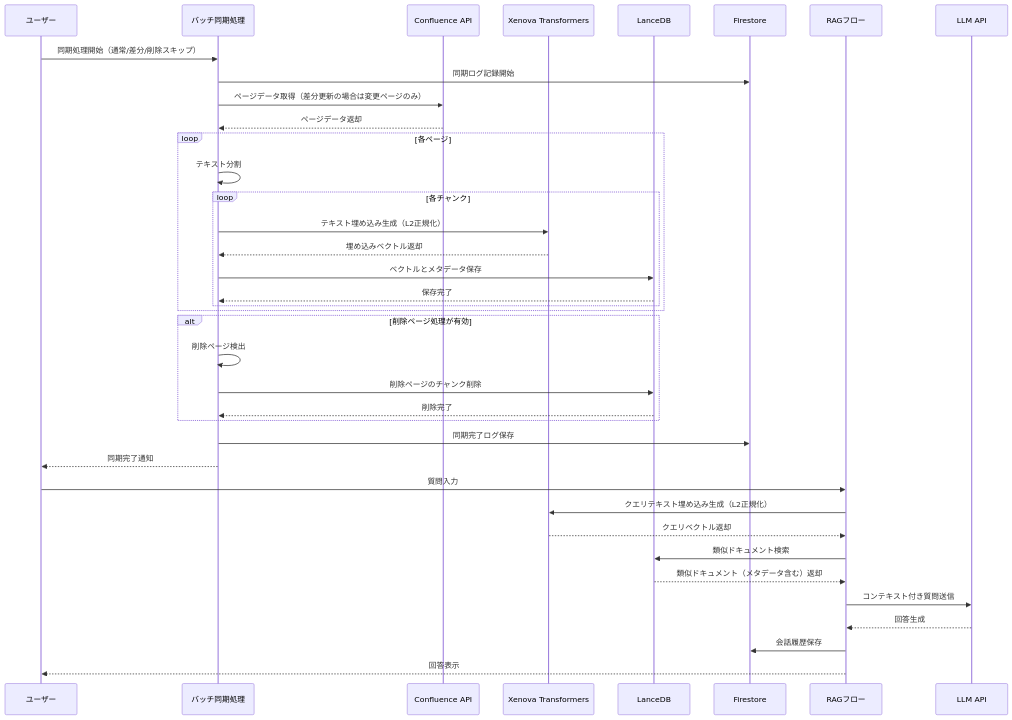
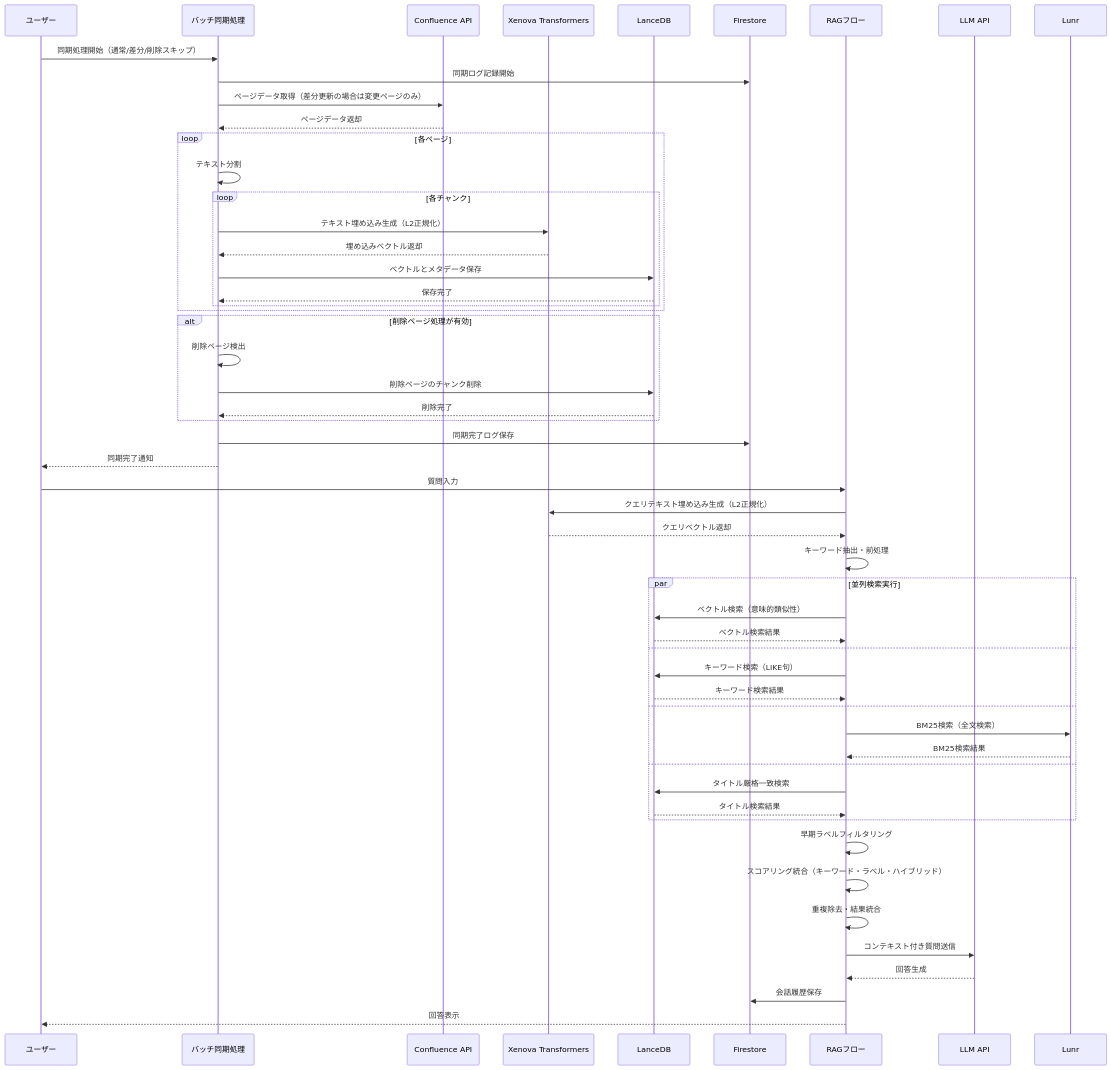
Before and after one commit to gucchon001/Confluence_firebase: the third of 3 diagrams in docs/data-flow-diagram-lancedb.md, drawn with Mermaid. The commit also changed other lines of this file and 48 other files, not shown here.

Commit message:
feat(rag): unify UI retrieval; add Lunr cache (without .cache in history)

````diff
--- a/docs/data-flow-diagram-lancedb.md
+++ b/docs/data-flow-diagram-lancedb.md
@@ -68,47 +79,62 @@
 ```mermaid
 sequenceDiagram
     participant User as ユーザー
     participant Batch as バッチ同期処理
     participant Confluence as Confluence API
     participant Embed as Xenova Transformers
     participant LDB as LanceDB
     participant FS as Firestore
     participant RAG as RAGフロー
     participant LLM as LLM API
 
     %% データ同期フロー
     User->>Batch: 同期処理開始（通常/差分/削除スキップ）
     Batch->>FS: 同期ログ記録開始
     Batch->>Confluence: ページデータ取得（差分更新の場合は変更ページのみ）
     Confluence-->>Batch: ページデータ返却
     loop 各ページ
         Batch->>Batch: テキスト分割
         loop 各チャンク
             Batch->>Embed: テキスト埋め込み生成（L2正規化）
             Embed-->>Batch: 埋め込みベクトル返却
             Batch->>LDB: ベクトルとメタデータ保存
             LDB-->>Batch: 保存完了
         end
     end
     
     %% 削除ページ処理
     alt 削除ページ処理が有効
         Batch->>Batch: 削除ページ検出
         Batch->>LDB: 削除ページのチャンク削除
         LDB-->>Batch: 削除完了
     end
     
     Batch->>FS: 同期完了ログ保存
     Batch-->>User: 同期完了通知
     
-    %% 検索・回答生成フロー
+    %% ハイブリッド検索・回答生成フロー
     User->>RAG: 質問入力
     RAG->>Embed: クエリテキスト埋め込み生成（L2正規化）
     Embed-->>RAG: クエリベクトル返却
-    RAG->>LDB: 類似ドキュメント検索
-    LDB-->>RAG: 類似ドキュメント（メタデータ含む）返却
+    RAG->>RAG: キーワード抽出・前処理
+    par 並列検索実行
+        RAG->>LDB: ベクトル検索（意味的類似性）
+        LDB-->>RAG: ベクトル検索結果
+    and
+        RAG->>LDB: キーワード検索（LIKE句）
+        LDB-->>RAG: キーワード検索結果
+    and
+        RAG->>Lunr: BM25検索（全文検索）
+        Lunr-->>RAG: BM25検索結果
+    and
+        RAG->>LDB: タイトル厳格一致検索
+        LDB-->>RAG: タイトル検索結果
+    end
+    RAG->>RAG: 早期ラベルフィルタリング
+    RAG->>RAG: スコアリング統合（キーワード・ラベル・ハイブリッド）
+    RAG->>RAG: 重複除去・結果統合
     RAG->>LLM: コンテキスト付き質問送信
     LLM-->>RAG: 回答生成
     RAG->>FS: 会話履歴保存
     RAG-->>User: 回答表示
 ```
````
